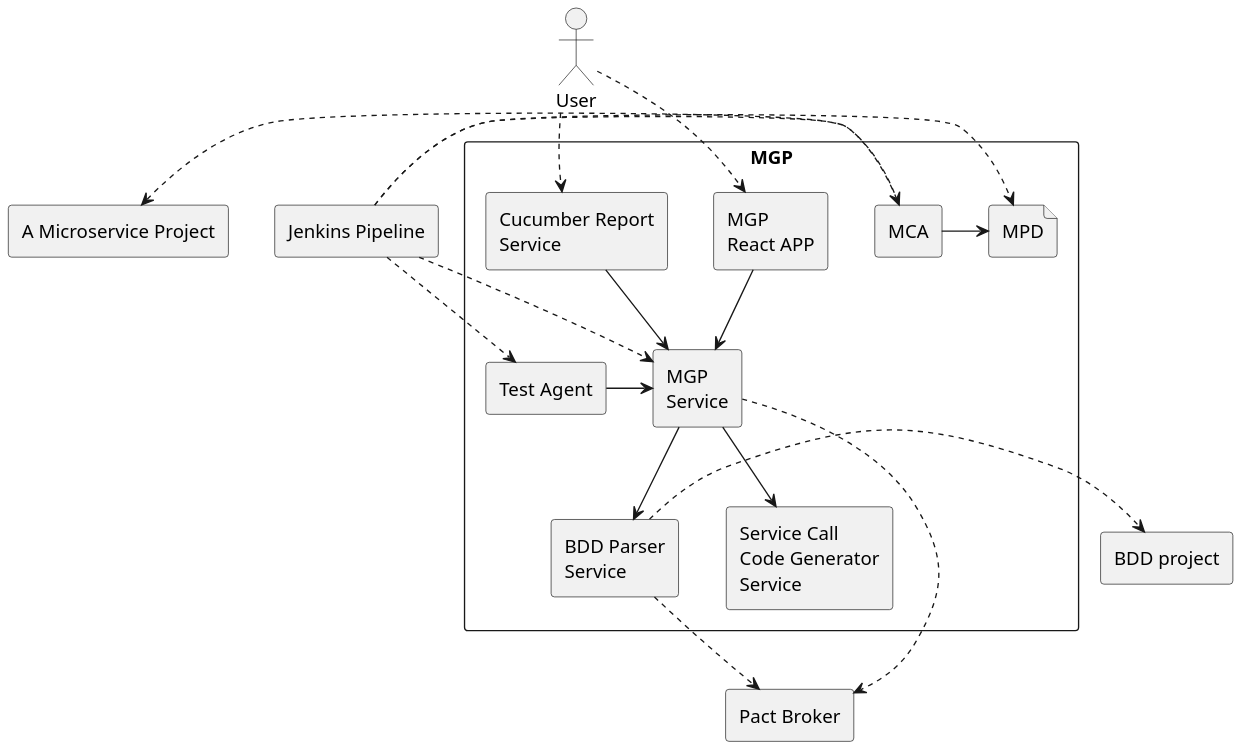
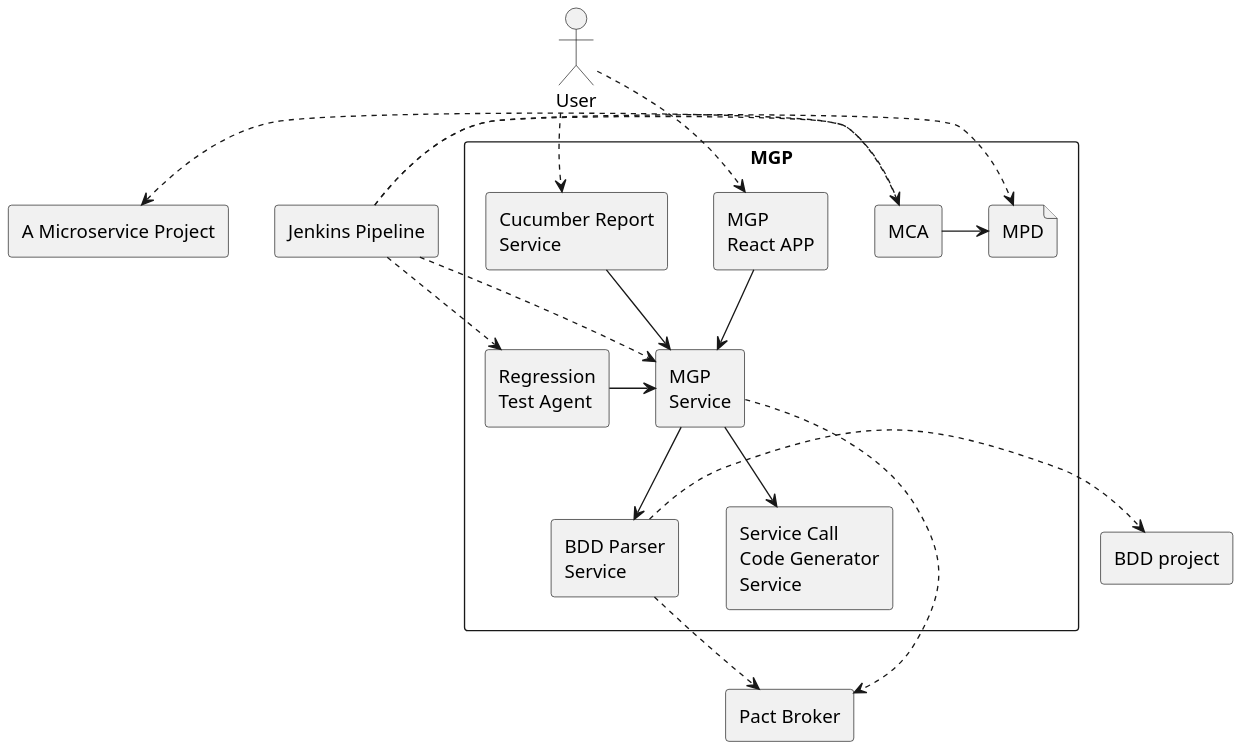
Before and after one commit to b4456609/mgp-back: the diagram in diagram/system.puml, drawn with PlantUML. The commit also changed 5 other files, not shown here.

```diff
--- a/diagram/system.puml
+++ b/diagram/system.puml
@@ -1,41 +1,41 @@
 @startuml
 scale 1.8
 rectangle "A Microservice Project" as mp
 rectangle "Jenkins Pipeline" as jp
 rectangle "BDD project" as bp
 rectangle "Pact Broker" as pb
 actor User as user
 
 rectangle "MGP" as t {
-	rectangle "Test Agent" as ta
+	rectangle "Regression\nTest Agent" as ta
 	rectangle "MCA" as mca
 	rectangle "MGP\nReact APP"as mgpa
 	rectangle "MGP\nService"as mgp
 	rectangle "BDD Parser\nService" as uatp
 	rectangle "Service Call\nCode Generator\nService" as d
 	rectangle "Cucumber Report\nService" as crs
 
 	file "MPD" as mpd
 
 	mca -r-> mpd
 	mgp -d-> uatp
 	mgp -d-> d
 	mgpa -d-> mgp
 	crs -d-> mgp
 	ta -> mgp
 }
 
 jp.>ta
 jp.>mpd
 mca .l.> mp
 jp .> mca
 jp .> mgp
 uatp .> bp
 mgp .> pb
 user .> mgpa
 user .[hidden].> crs
 user .> crs
 
 uatp .d.> pb
 
 @enduml
```
